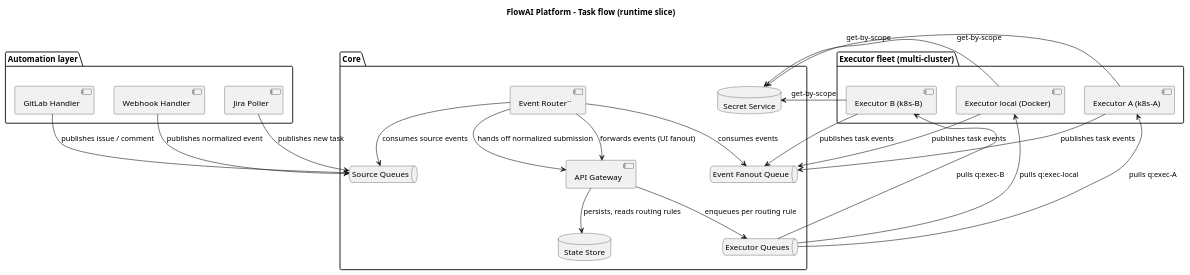
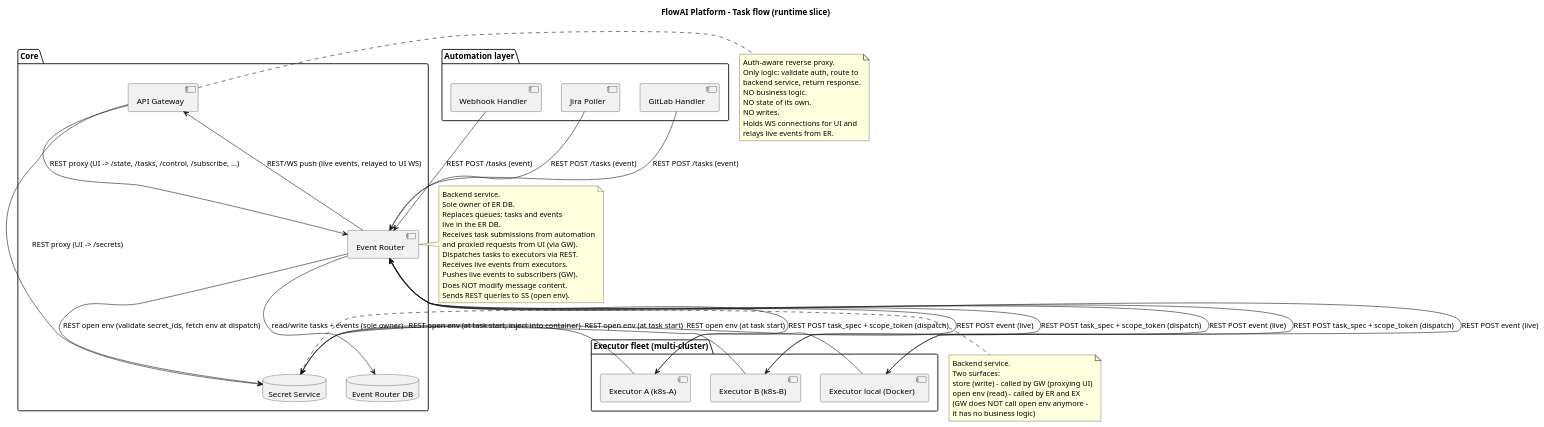
Before and after one commit to pandops/flowai: the diagram in docs/architecture/diagrams/02-containers.puml, drawn with PlantUML. The commit also changed 2 other files, not shown here.

Commit message:
docs(architecture): update C4 diagrams for auth-proxy and no-queue model
Reflect the architectural changes in the C4-level views:

02-containers.puml (runtime slice): remove all queue elements; add Event Router DB; show GW as an auth+route proxy that only proxies UI requests to backend services; SS note now states GW does not call open env anymore (no business logic).

03-operator-surface.puml (operator surface): UI talks to GW only; GW is an auth-aware reverse proxy (no state, no writes); automation authenticates with GW for a bearer token, then submits tasks directly to the Event Router.

06-state-task.puml: trigger labels updated to 'REST POST /tasks (automation -> Event Router)' and 'Event Router dispatches via REST to executor' — no more queue language.

Ultraworked with [Sisyphus](https://github.com/code-yeongyu/oh-my-openagent)

```diff
--- a/docs/architecture/diagrams/02-containers.puml
+++ b/docs/architecture/diagrams/02-containers.puml
@@ -1,53 +1,84 @@
 @startuml 02-containers
 
 !pragma layout smetana lefttoright
 
 title FlowAI Platform - Task flow (runtime slice)
 
 package "Automation layer" {
     [Webhook Handler] as wh
     [Jira Poller] as jira
     [GitLab Handler] as gl
 }
 
 package "Core" {
     [API Gateway] as gw
-    [Event Router``] as er
-    database "State Store" as pg
-    queue "Source Queues" as qsrc
-    queue "Executor Queues" as qexec
-    queue "Event Fanout Queue" as qevt
+    [Event Router] as er
+    database "Event Router DB" as erdb
     database "Secret Service" as sec
 }
 
 package "Executor fleet (multi-cluster)" {
     [Executor A (k8s-A)] as exA
     [Executor B (k8s-B)] as exB
     [Executor local (Docker)] as exL
 }
 
-wh --> qsrc : publishes normalized event
-jira --> qsrc : publishes new task
-gl --> qsrc : publishes issue / comment
+wh --> er : REST POST /tasks (event)
+jira --> er : REST POST /tasks (event)
+gl --> er : REST POST /tasks (event)
 
-er --> qsrc : consumes source events
-er --> gw : hands off normalized submission
-gw --> pg : persists, reads routing rules
-gw --> qexec : enqueues per routing rule
+' GW is an auth-aware reverse proxy.
+' It only does: (1) validate auth, (2) route to a backend service,
+' (3) return the backend's response. No business logic, no state, no writes.
+gw --> er : REST proxy (UI -> /state, /tasks, /control, /subscribe, ...)
+gw --> sec : REST proxy (UI -> /secrets)
+gw <-- er : REST/WS push (live events, relayed to UI WS)
 
-qexec --> exA : pulls q:exec-A
-qexec --> exB : pulls q:exec-B
-qexec --> exL : pulls q:exec-local
+er --> erdb : read/write tasks + events (sole owner)
+er --> sec : REST open env (validate secret_ids, fetch env at dispatch)
+er --> exA : REST POST task_spec + scope_token (dispatch)
+er --> exB : REST POST task_spec + scope_token (dispatch)
+er --> exL : REST POST task_spec + scope_token (dispatch)
+er <-- exA : REST POST event (live)
+er <-- exB : REST POST event (live)
+er <-- exL : REST POST event (live)
 
-exA --> sec : get-by-scope
-exB --> sec : get-by-scope
-exL --> sec : get-by-scope
+exA --> sec : REST open env (at task start, inject into container)
+exB --> sec : REST open env (at task start)
+exL --> sec : REST open env (at task start)
 
-exA --> qevt : publishes task events
-exB --> qevt : publishes task events
-exL --> qevt : publishes task events
+note right of gw
+  Auth-aware reverse proxy.
+  Only logic: validate auth, route to
+  backend service, return response.
+  NO business logic.
+  NO state of its own.
+  NO writes.
+  Holds WS connections for UI and
+  relays live events from ER.
+end note
 
-er --> qevt : consumes events
-er --> gw : forwards events (UI fanout)
+note right of er
+  Backend service.
+  Sole owner of ER DB.
+  Replaces queues: tasks and events
+  live in the ER DB.
+  Receives task submissions from automation
+  and proxied requests from UI (via GW).
+  Dispatches tasks to executors via REST.
+  Receives live events from executors.
+  Pushes live events to subscribers (GW).
+  Does NOT modify message content.
+  Sends REST queries to SS (open env).
+end note
+
+note right of sec
+  Backend service.
+  Two surfaces:
+  store (write) - called by GW (proxying UI)
+  open env (read) - called by ER and EX
+  (GW does NOT call open env anymore -
+  it has no business logic)
+end note
 
 @enduml
```
